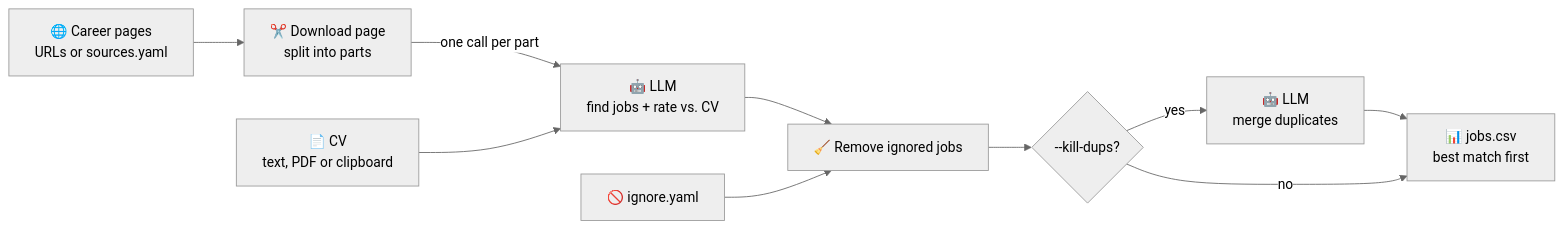
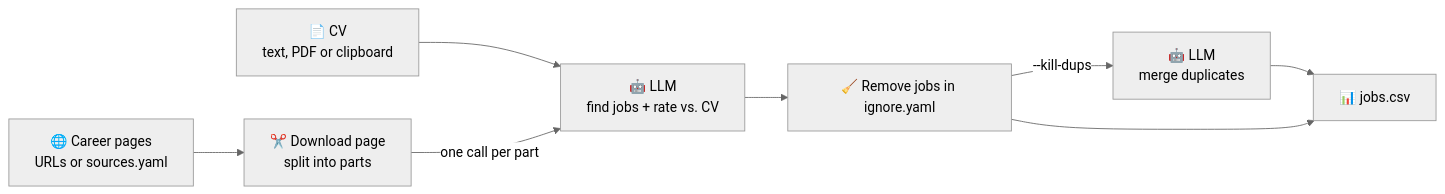
One commit to DseaKu/job-radar changed the diagram in README.md. Above: the diagram before and after it, drawn with Mermaid (neutral theme). The commit also changed other lines of this file, not shown here.

````diff
--- a/README.md
+++ b/README.md
@@ -19,16 +13,9 @@
 ```mermaid
 flowchart LR
-    CV["📄 CV<br/>text, PDF or clipboard"]
-    SRC["🌐 Career pages<br/>URLs or sources.yaml"]
-    IGNF["🚫 ignore.yaml"]
-
-    SRC --> FETCH["✂️ Download page<br/>split into parts"]
-    FETCH -- "one call per part" --> LLM
-    CV --> LLM["🤖 LLM<br/>find jobs + rate vs. CV"]
-
-    LLM --> IGN["🧹 Remove ignored jobs"]
-    IGNF --> IGN
-    IGN --> DUP{"--kill-dups?"}
-    DUP -- yes --> DEDUP["🤖 LLM<br/>merge duplicates"] --> CSV
-    DUP -- no --> CSV["📊 jobs.csv<br/>best match first"]
+    CV["📄 CV<br/>text, PDF or clipboard"] --> LLM
+    SRC["🌐 Career pages<br/>URLs or sources.yaml"] --> FETCH["✂️ Download page<br/>split into parts"]
+    FETCH -- "one call per part" --> LLM["🤖 LLM<br/>find jobs + rate vs. CV"]
+    LLM --> IGN["🧹 Remove jobs in ignore.yaml"]
+    IGN -- "--kill-dups" --> DEDUP["🤖 LLM<br/>merge duplicates"] --> CSV
+    IGN --> CSV["📊 jobs.csv"]
 ```
````
